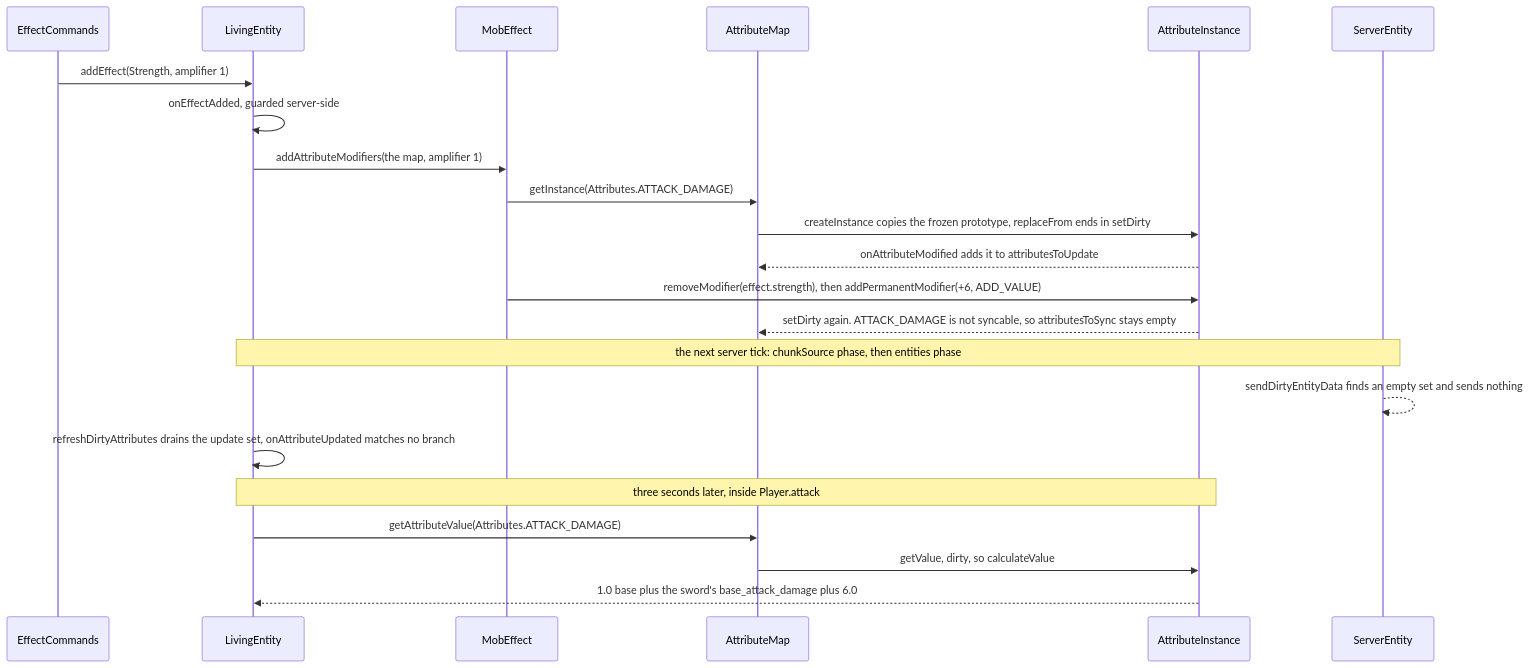
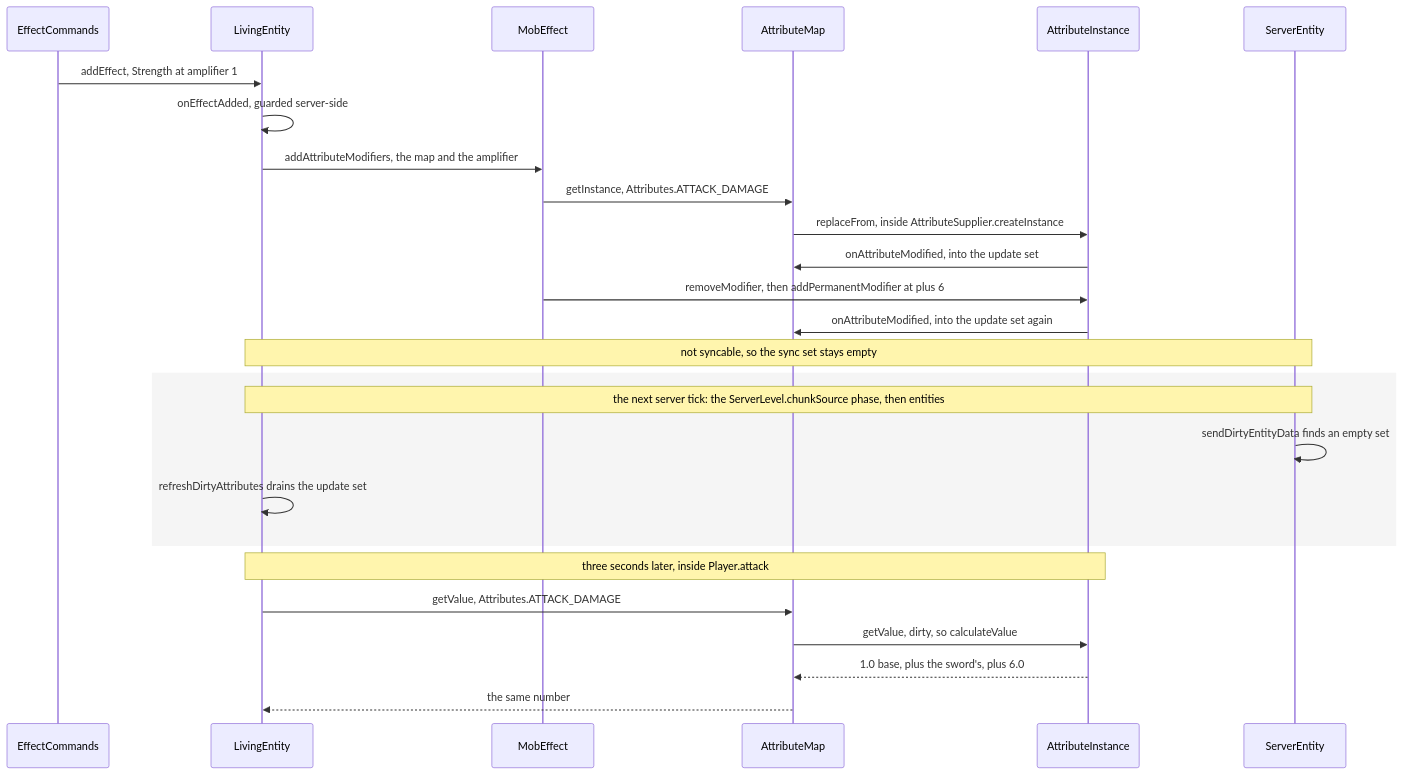
One commit to AlexanderjFraser/MinecraftDocs changed the third of 3 diagrams in src/systems/entities/attributes.md. Above: the diagram before and after it, drawn with Mermaid. The commit also changed other lines of this file and 23 other files, not shown here.

````diff
--- a/src/systems/entities/attributes.md
+++ b/src/systems/entities/attributes.md
@@ -335,25 +350,29 @@
 ```mermaid
 sequenceDiagram
     participant EffC as EffectCommands
     participant LE as LivingEntity
     participant ME as MobEffect
     participant AttrM as AttributeMap
     participant AttrI as AttributeInstance
     participant SE as ServerEntity
 
-    EffC->>LE: addEffect(Strength, amplifier 1)
+    EffC->>LE: addEffect, Strength at amplifier 1
     LE->>LE: onEffectAdded, guarded server-side
-    LE->>ME: addAttributeModifiers(the map, amplifier 1)
-    ME->>AttrM: getInstance(Attributes.ATTACK_DAMAGE)
-    AttrM->>AttrI: createInstance copies the frozen prototype, replaceFrom ends in setDirty
-    AttrI-->>AttrM: onAttributeModified adds it to attributesToUpdate
-    ME->>AttrI: removeModifier(effect.strength), then addPermanentModifier(+6, ADD_VALUE)
-    AttrI-->>AttrM: setDirty again. ATTACK_DAMAGE is not syncable, so attributesToSync stays empty
-    Note over LE,SE: the next server tick: chunkSource phase, then entities phase
-    SE-->>SE: sendDirtyEntityData finds an empty set and sends nothing
-    LE->>LE: refreshDirtyAttributes drains the update set, onAttributeUpdated matches no branch
+    LE->>ME: addAttributeModifiers, the map and the amplifier
+    ME->>AttrM: getInstance, Attributes.ATTACK_DAMAGE
+    AttrM->>AttrI: replaceFrom, inside AttributeSupplier.createInstance
+    AttrI->>AttrM: onAttributeModified, into the update set
+    ME->>AttrI: removeModifier, then addPermanentModifier at plus 6
+    AttrI->>AttrM: onAttributeModified, into the update set again
+    Note over LE,SE: not syncable, so the sync set stays empty
+    rect rgba(0, 0, 0, 0.04)
+    Note over LE,SE: the next server tick: the ServerLevel.chunkSource phase, then entities
+    SE->>SE: sendDirtyEntityData finds an empty set
+    LE->>LE: refreshDirtyAttributes drains the update set
+    end
     Note over LE,AttrI: three seconds later, inside Player.attack
-    LE->>AttrM: getAttributeValue(Attributes.ATTACK_DAMAGE)
+    LE->>AttrM: getValue, Attributes.ATTACK_DAMAGE
     AttrM->>AttrI: getValue, dirty, so calculateValue
-    AttrI-->>LE: 1.0 base plus the sword's base_attack_damage plus 6.0
+    AttrI-->>AttrM: 1.0 base, plus the sword's, plus 6.0
+    AttrM-->>LE: the same number
 ```
````
